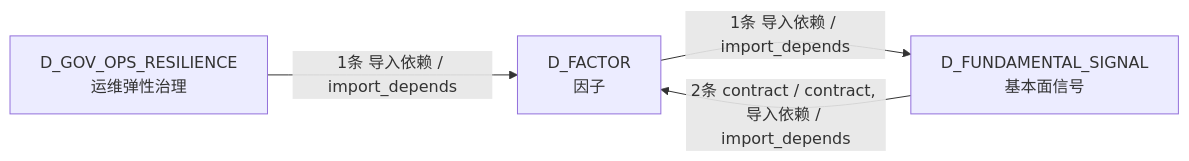
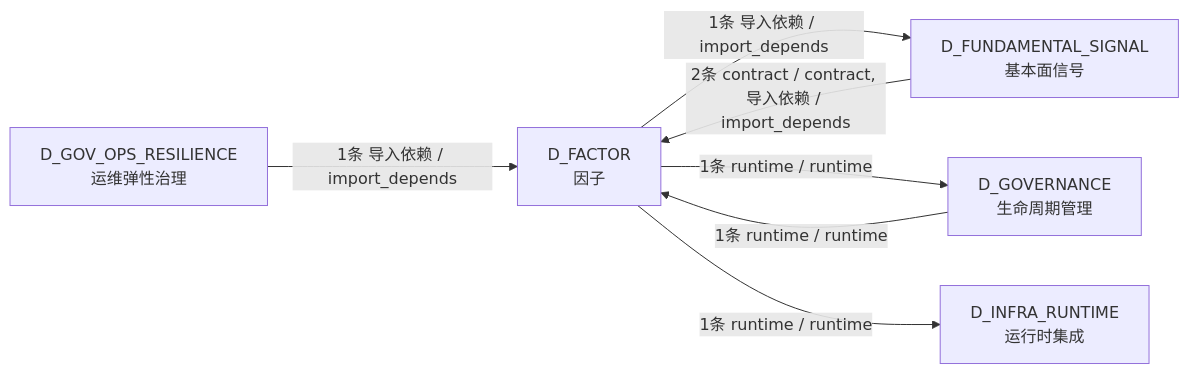
Before and after one commit to xuanFelixVan/ZephyrAlpha: the fourth of 4 diagrams in docs/02_enterprise_architecture/02_domain_architecture_docs/36_d_factor.md, drawn with Mermaid. The commit also changed other lines of this file and 99 other files, not shown here.

````diff
--- a/docs/02_enterprise_architecture/02_domain_architecture_docs/36_d_factor.md
+++ b/docs/02_enterprise_architecture/02_domain_architecture_docs/36_d_factor.md
@@ -170,9 +184,14 @@
 ```mermaid
 graph LR
     D_FACTOR["D_FACTOR<br/>因子"]
     D_FUNDAMENTAL_SIGNAL["D_FUNDAMENTAL_SIGNAL<br/>基本面信号"]
+    D_GOVERNANCE["D_GOVERNANCE<br/>生命周期管理"]
+    D_INFRA_RUNTIME["D_INFRA_RUNTIME<br/>运行时集成"]
     D_GOV_OPS_RESILIENCE["D_GOV_OPS_RESILIENCE<br/>运维弹性治理"]
     D_FACTOR -->|1条 导入依赖 / import_depends| D_FUNDAMENTAL_SIGNAL
+    D_FACTOR -->|1条 runtime / runtime| D_GOVERNANCE
+    D_FACTOR -->|1条 runtime / runtime| D_INFRA_RUNTIME
     D_FUNDAMENTAL_SIGNAL -->|2条 contract / contract, 导入依赖 / import_depends| D_FACTOR
+    D_GOVERNANCE -->|1条 runtime / runtime| D_FACTOR
     D_GOV_OPS_RESILIENCE -->|1条 导入依赖 / import_depends| D_FACTOR
 ```
````
